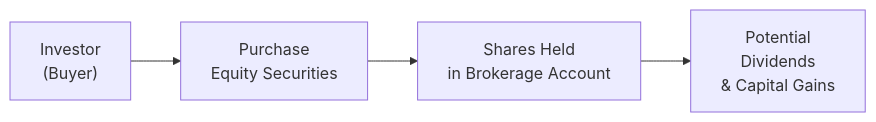
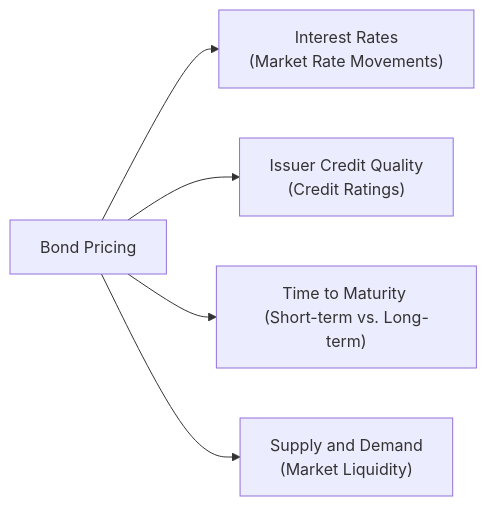
One commit to MasteryEducation/SecuritiesExamsMastery.ca changed the diagram in content/ifc/7/3/index.md. Above: the diagram before and after it, drawn with Mermaid. The commit also changed other lines of this file and 130 other files, not shown here.

````diff
--- a/content/ifc/7/3/index.md
+++ b/content/ifc/7/3/index.md
@@ -125,6 +27,7 @@
 ```mermaid
 flowchart LR
-    A["Investor <br/>(Buyer)"] --> B["Purchase <br/>Equity Securities"];
-    B --> C["Shares Held <br/>in Brokerage Account"];
-    C --> D["Potential <br/>Dividends <br/>& Capital Gains"];
+  A["Bond Pricing"] --> B["Interest Rates <br/>(Market Rate Movements)"]
+  A --> C["Issuer Credit Quality <br/>(Credit Ratings)"]
+  A --> D["Time to Maturity <br/>(Short-term vs. Long-term)"]
+  A --> E["Supply and Demand <br/>(Market Liquidity)"]
 ```
````
